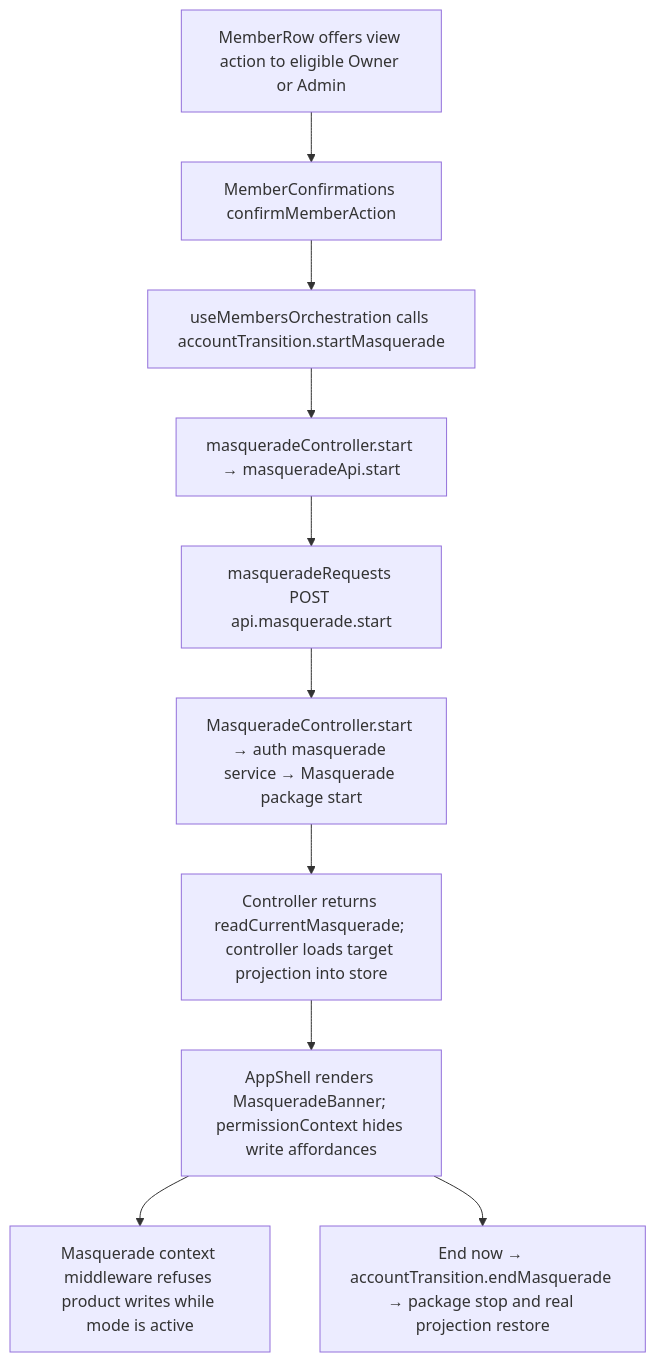
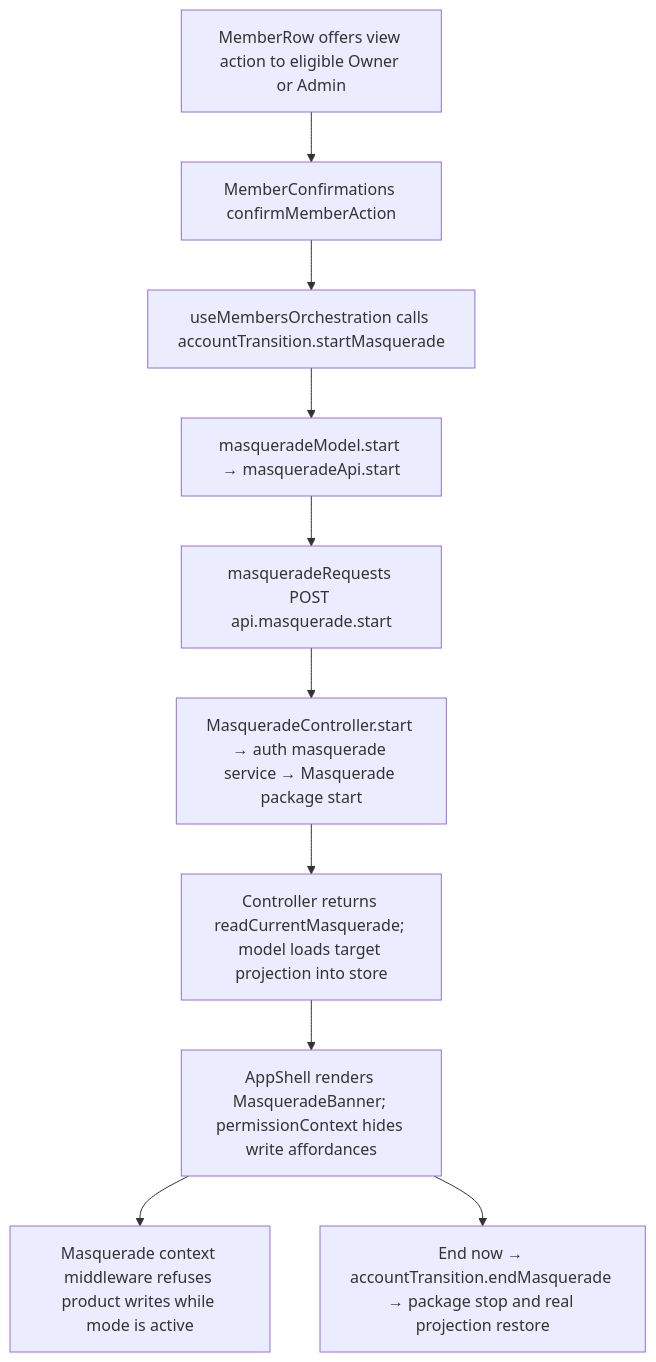
Before and after one commit to Kevinjohn/capacitylens: the second of 2 diagrams in user-stories/team/US-TEAM-08-view-as-member.md, drawn with Mermaid. The commit also changed other lines of this file and 16 other files, not shown here.

First line of the commit message:
Masquerade model: rename the masquerade controller family

````diff
--- a/user-stories/team/US-TEAM-08-view-as-member.md
+++ b/user-stories/team/US-TEAM-08-view-as-member.md
@@ -32,12 +32,12 @@
 ```mermaid
 flowchart TD
     Row["MemberRow offers view action to eligible Owner or Admin"] --> Confirm["MemberConfirmations confirmMemberAction"]
     Confirm --> Start["useMembersOrchestration calls accountTransition.startMasquerade"]
-    Start --> Controller["masqueradeController.start → masqueradeApi.start"]
-    Controller --> Request["masqueradeRequests POST api.masquerade.start"]
+    Start --> Model["masqueradeModel.start → masqueradeApi.start"]
+    Model --> Request["masqueradeRequests POST api.masquerade.start"]
     Request --> Server["MasqueradeController.start → auth masquerade service → Masquerade package start"]
-    Server --> Projection["Controller returns readCurrentMasquerade; controller loads target projection into store"]
+    Server --> Projection["Controller returns readCurrentMasquerade; model loads target projection into store"]
     Projection --> Banner["AppShell renders MasqueradeBanner; permissionContext hides write affordances"]
     Banner --> ReadOnly["Masquerade context middleware refuses product writes while mode is active"]
     Banner --> End["End now → accountTransition.endMasquerade → package stop and real projection restore"]
 ```
````
